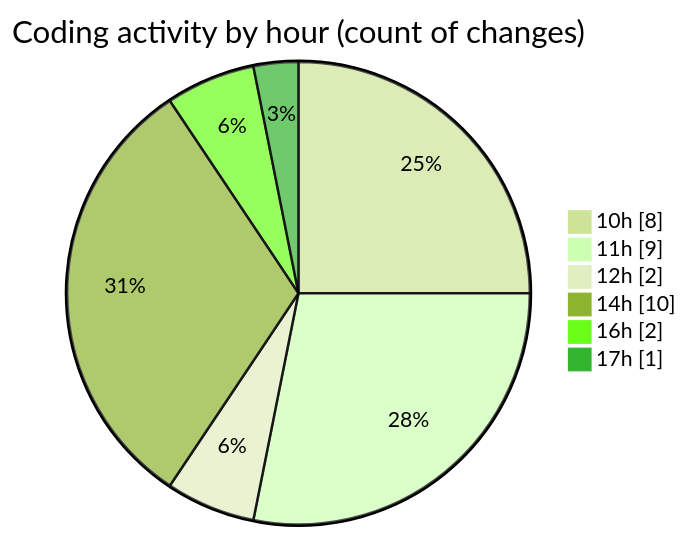
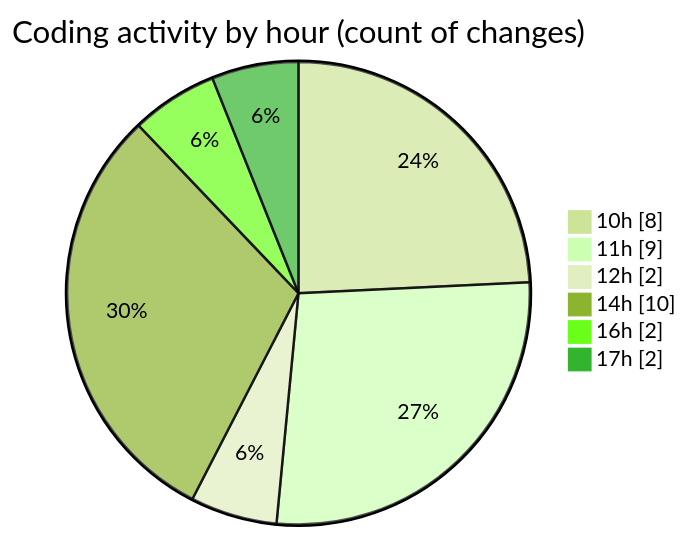
One commit to igalym/code-tracking changed the second of 2 diagrams in 2025-12-30/budget_front_nest/README.md. Above: the diagram before and after it, drawn with Mermaid (forest theme). The commit also changed other lines of this file and 1 other file, not shown here.

````diff
--- a/2025-12-30/budget_front_nest/README.md
+++ b/2025-12-30/budget_front_nest/README.md
@@ -44,10 +44,10 @@
 ```mermaid
 pie showData
 title Coding activity by hour (count of changes)
 "10h" : 8
 "11h" : 9
 "12h" : 2
 "14h" : 10
 "16h" : 2
-"17h" : 1
+"17h" : 2
 ```
````
